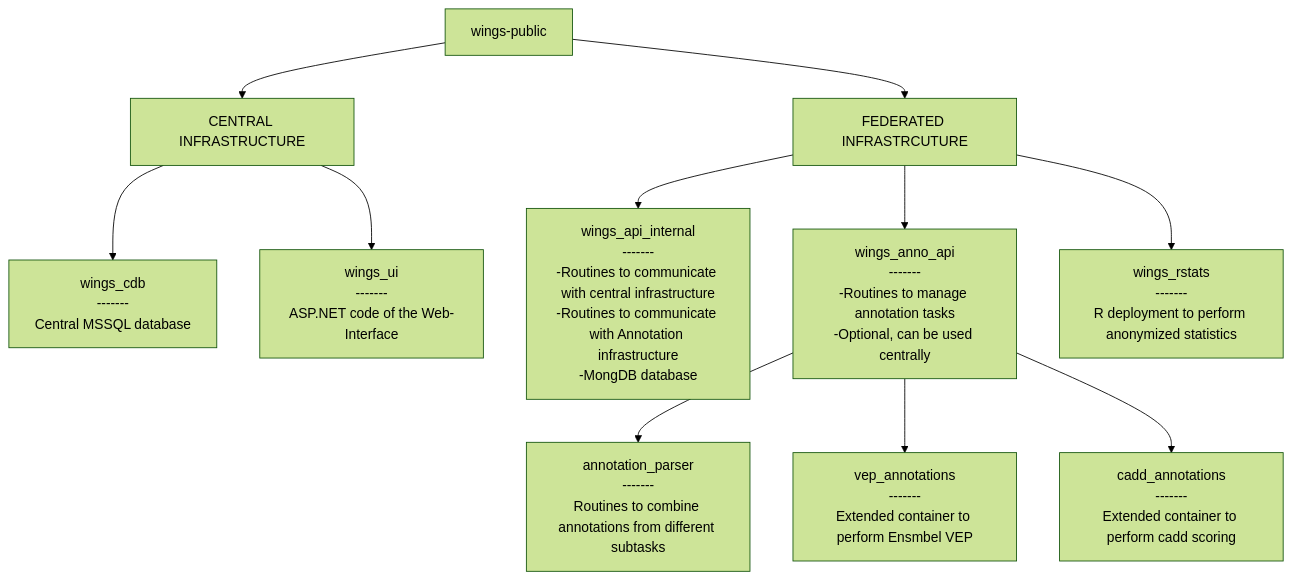
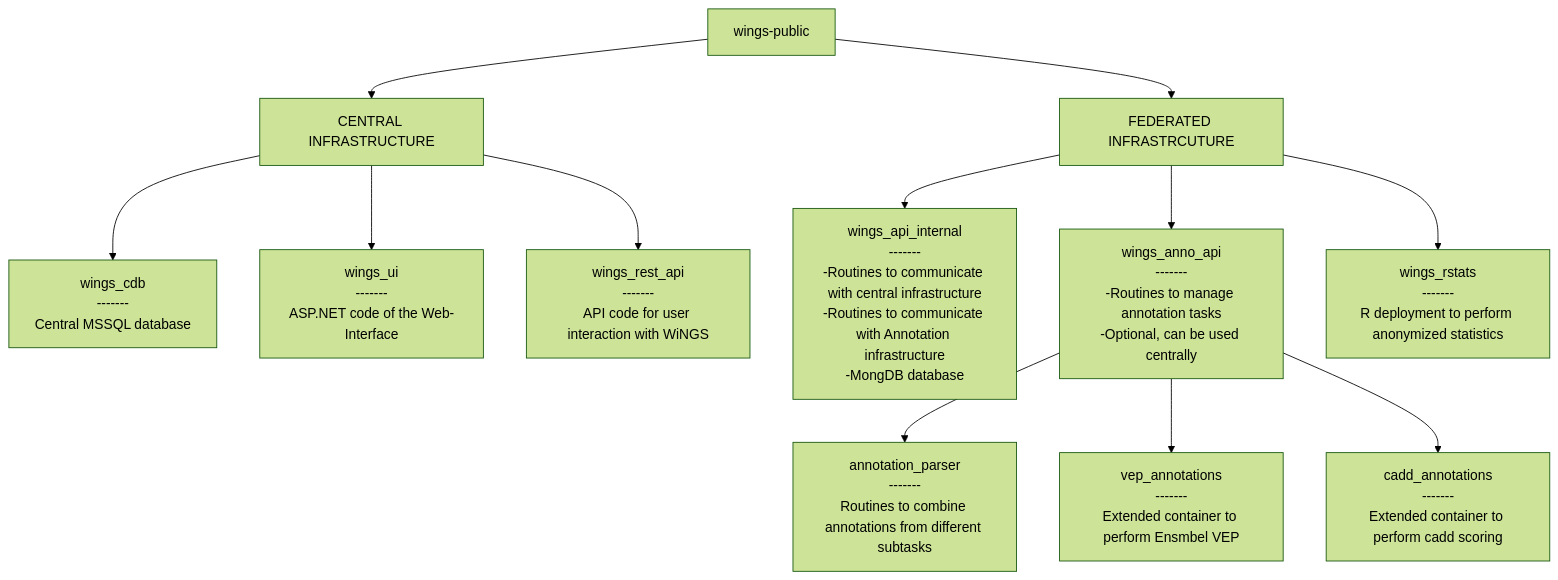
Before and after one commit to wings-public/wings-public: the diagram in README.md, drawn with Mermaid (forest theme). The commit also changed other lines of this file and 1 other file, not shown here.

````diff
--- a/README.md
+++ b/README.md
@@ -24,13 +30,14 @@
 ```mermaid
 flowchart TD;
    A[wings-public] --> B[CENTRAL INFRASTRUCTURE];
    A --> C[FEDERATED INFRASTRCUTURE];
    B --> D["wings_cdb<br/>-------<br/>Central MSSQL database"]
    B --> E["wings_ui<br/>-------<br/>ASP.NET code of the Web-Interface"]
+   B --> L["wings_rest_api<br/>-------<br/>API code for user interaction with WiNGS"]
    C --> F["wings_api_internal<br/>-------<br/>-Routines to communicate with central infrastructure<br/>-Routines to communicate with Annotation infrastructure<br/>-MongDB database"]
    C --> G["wings_anno_api<br/>-------<br/>-Routines to manage annotation tasks<br/>-Optional, can be used centrally"]
    G --> H["annotation_parser<br/>-------<br/>Routines to combine annotations from different subtasks"]
    G --> I["vep_annotations<br/>-------<br/>Extended container to perform Ensmbel VEP"]
    G --> J["cadd_annotations<br/>-------<br/>Extended container to perform cadd scoring"]
    C --> K["wings_rstats<br/>-------<br/>R deployment to perform anonymized statistics"]
 ```
````
